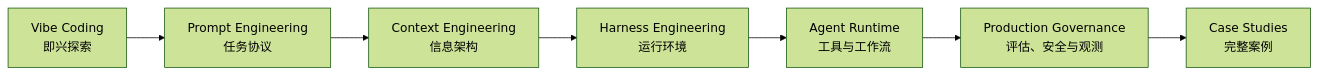
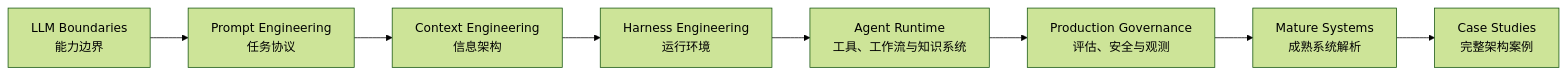
The diagram in ai-book/src/README.md (wxquare/wxquare.github.io), drawn with Mermaid (forest theme) before and after one commit. The commit also changed other lines of this file and 103 other files, not shown here.

````diff
--- a/ai-book/src/README.md
+++ b/ai-book/src/README.md
@@ -13,9 +13,10 @@
 ```mermaid
 flowchart LR
-    A[Vibe Coding<br/>即兴探索] --> B[Prompt Engineering<br/>任务协议]
+    A[LLM Boundaries<br/>能力边界] --> B[Prompt Engineering<br/>任务协议]
     B --> C[Context Engineering<br/>信息架构]
     C --> D[Harness Engineering<br/>运行环境]
-    D --> E[Agent Runtime<br/>工具与工作流]
+    D --> E[Agent Runtime<br/>工具、工作流与知识系统]
     E --> F[Production Governance<br/>评估、安全与观测]
-    F --> G[Case Studies<br/>完整案例]
+    F --> G[Mature Systems<br/>成熟系统解析]
+    G --> H[Case Studies<br/>完整架构案例]
 ```
````
